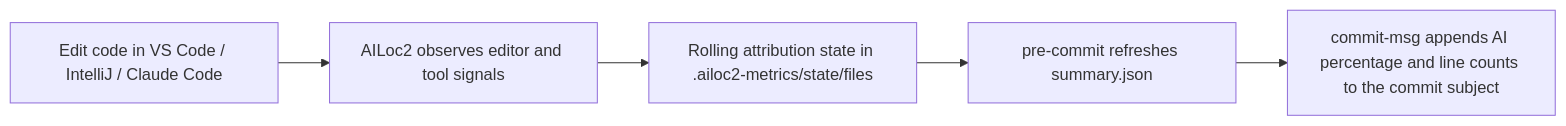
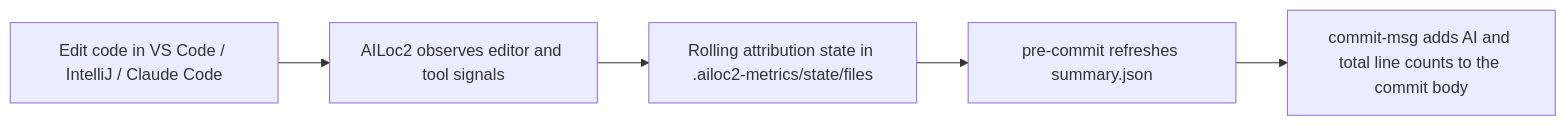
The diagram in README.md (Gogolian/ailoc2-probe-extension), drawn with Mermaid before and after one commit. The commit also changed other lines of this file and 18 other files, not shown here.

````diff
--- a/README.md
+++ b/README.md
@@ -61,7 +61,7 @@
 ```mermaid
 flowchart LR
     A[Edit code in VS Code / IntelliJ / Claude Code] --> B[AILoc2 observes editor and tool signals]
     B --> C[Rolling attribution state in .ailoc2-metrics/state/files]
     C --> D[pre-commit refreshes summary.json]
-    D --> E[commit-msg appends AI percentage and line counts to the commit subject]
+    D --> E[commit-msg adds AI and total line counts to the commit body]
 ```
````
